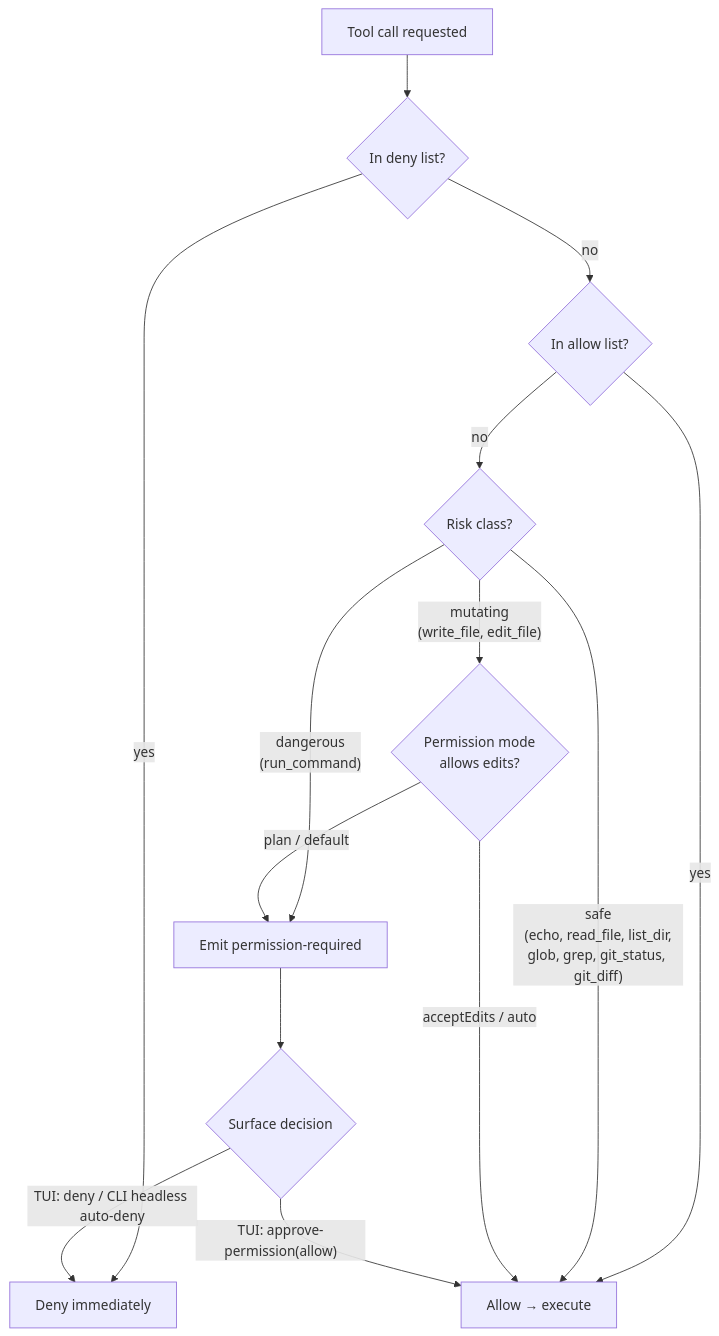
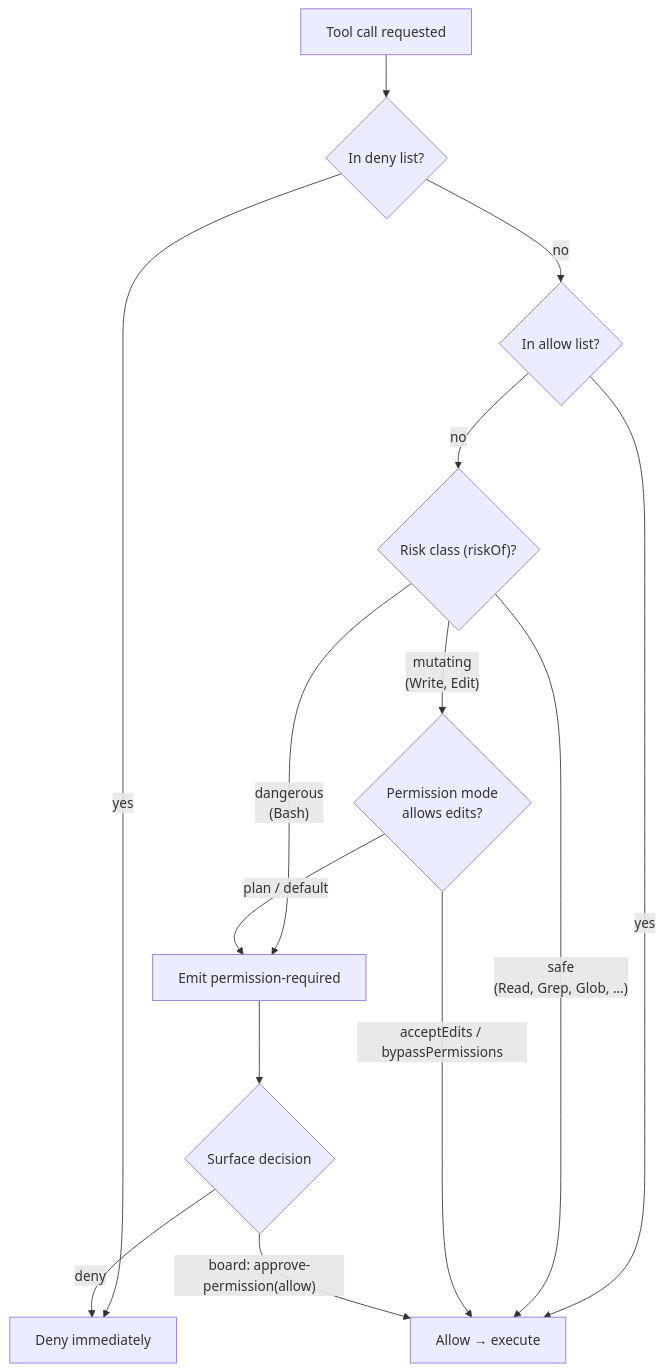
Before and after one commit to noctcore/nightcore: the fifth of 5 diagrams in docs/diagrams.md, drawn with Mermaid. The commit also changed other lines of this file and 1 other file, not shown here.

First line of the commit message:
docs: rewrite top-level architecture docs for the 3-tier reality

````diff
--- a/docs/diagrams.md
+++ b/docs/diagrams.md
@@ -166,19 +175,19 @@
 ```mermaid
 flowchart TD
     REQ["Tool call requested"] --> DENY{"In deny list?"}
     DENY -- yes --> BLOCK["Deny immediately"]
     DENY -- no --> ALLOW{"In allow list?"}
     ALLOW -- yes --> RUN["Allow → execute"]
-    ALLOW -- no --> RISK{"Risk class?"}
+    ALLOW -- no --> RISK{"Risk class (riskOf)?"}
 
-    RISK -- "safe<br/>(echo, read_file, list_dir,<br/>glob, grep, git_status, git_diff)" --> RUN
-    RISK -- "mutating<br/>(write_file, edit_file)" --> GATE{"Permission mode<br/>allows edits?"}
-    RISK -- "dangerous<br/>(run_command)" --> PROMPT["Emit permission-required"]
+    RISK -- "safe<br/>(Read, Grep, Glob, …)" --> RUN
+    RISK -- "mutating<br/>(Write, Edit)" --> GATE{"Permission mode<br/>allows edits?"}
+    RISK -- "dangerous<br/>(Bash)" --> PROMPT["Emit permission-required"]
 
-    GATE -- "acceptEdits / auto" --> RUN
+    GATE -- "acceptEdits / bypassPermissions" --> RUN
     GATE -- "plan / default" --> PROMPT
 
     PROMPT --> SURFACE{"Surface decision"}
-    SURFACE -- "TUI: approve-permission(allow)" --> RUN
-    SURFACE -- "TUI: deny / CLI headless auto-deny" --> BLOCK
+    SURFACE -- "board: approve-permission(allow)" --> RUN
+    SURFACE -- "deny" --> BLOCK
 ```
````
